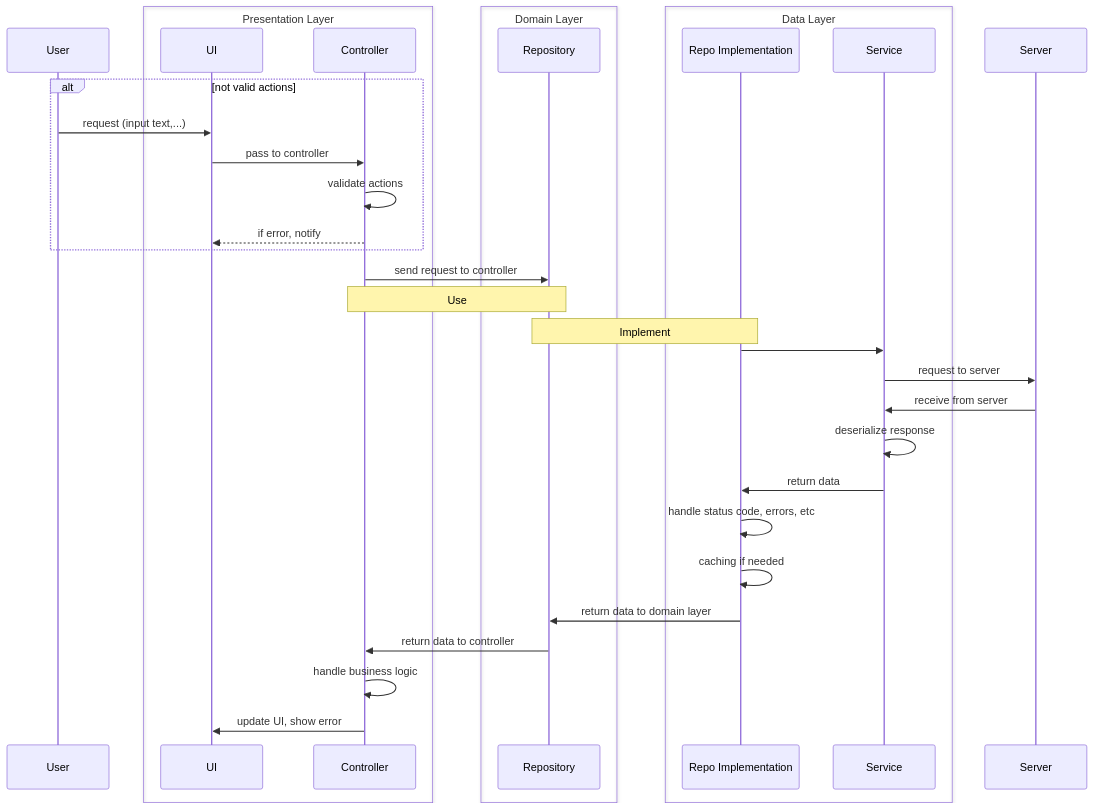
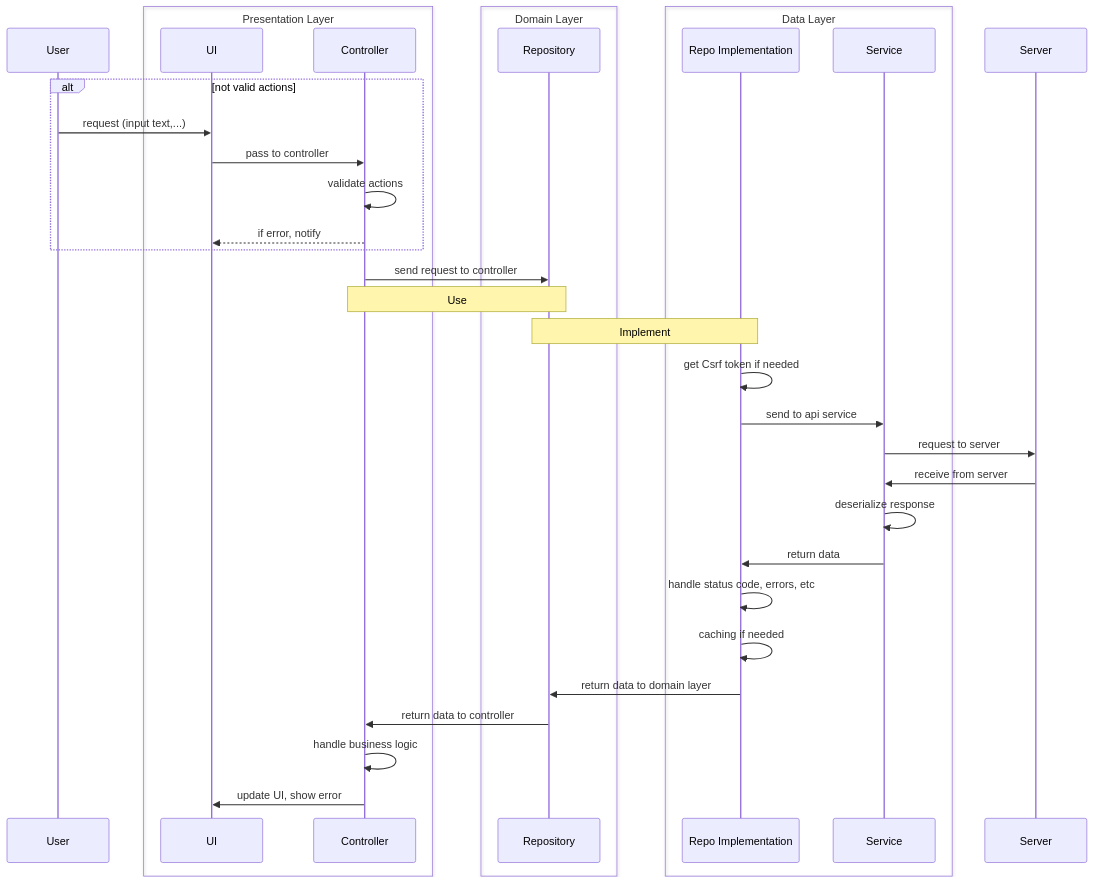
The diagram in README.md (tunglampd/cicd_test), drawn with Mermaid before and after one commit.

````diff
--- a/README.md
+++ b/README.md
@@ -1,44 +1,45 @@
 ```mermaid
 sequenceDiagram
     participant User
 
     box Presentation Layer
     participant UI as UI
     participant Controller as Controller
     end
 
     box Domain Layer
     participant REPO as Repository
     end
 
     box Data Layer
     participant RepoImpl as Repo Implementation
     participant SV as Service
     end
 
     participant BE as Server
 
     alt not valid actions
     User ->> UI: request (input text,...)
     UI ->> Controller: pass to controller
     Controller->>Controller: validate actions
     Controller -->> UI: if error, notify
     end
     
     Controller->>REPO: send request to controller
 
     Note over Controller, REPO: Use
     Note over RepoImpl, REPO: Implement
 
-    RepoImpl->>SV: 
+    RepoImpl->>RepoImpl: get Csrf token if needed
+    RepoImpl->>SV: send to api service
     SV->>BE: request to server
     BE->>SV: receive from server
     SV->>SV: deserialize response
     SV->>RepoImpl: return data
     RepoImpl->>RepoImpl: handle status code, errors, etc
     RepoImpl->>RepoImpl: caching if needed
     RepoImpl->>REPO: return data to domain layer
     REPO->>Controller: return data to controller
     Controller->>Controller: handle business logic
     Controller->>UI: update UI, show error
 ```
````
